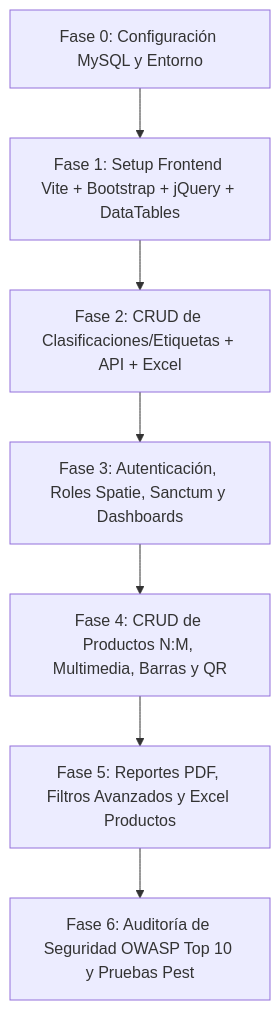
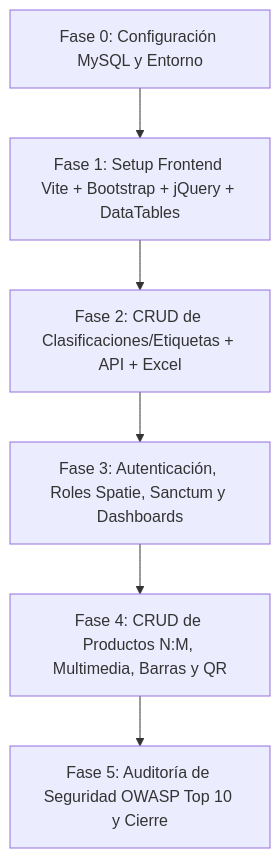
The diagram in README.md (amendezm2009/proy03armando), drawn with Mermaid before and after one commit. The commit also changed other lines of this file and 109 other files, not shown here.

````diff
--- a/README.md
+++ b/README.md
@@ -37,9 +37,8 @@
 ```mermaid
 flowchart TD
     F0[Fase 0: Configuración MySQL y Entorno] --> F1[Fase 1: Setup Frontend Vite + Bootstrap + jQuery + DataTables]
     F1 --> F2[Fase 2: CRUD de Clasificaciones/Etiquetas + API + Excel]
     F2 --> F3[Fase 3: Autenticación, Roles Spatie, Sanctum y Dashboards]
     F3 --> F4[Fase 4: CRUD de Productos N:M, Multimedia, Barras y QR]
-    F4 --> F5[Fase 5: Reportes PDF, Filtros Avanzados y Excel Productos]
-    F5 --> F6[Fase 6: Auditoría de Seguridad OWASP Top 10 y Pruebas Pest]
+    F4 --> F5[Fase 5: Auditoría de Seguridad OWASP Top 10 y Cierre]
 ```
````
